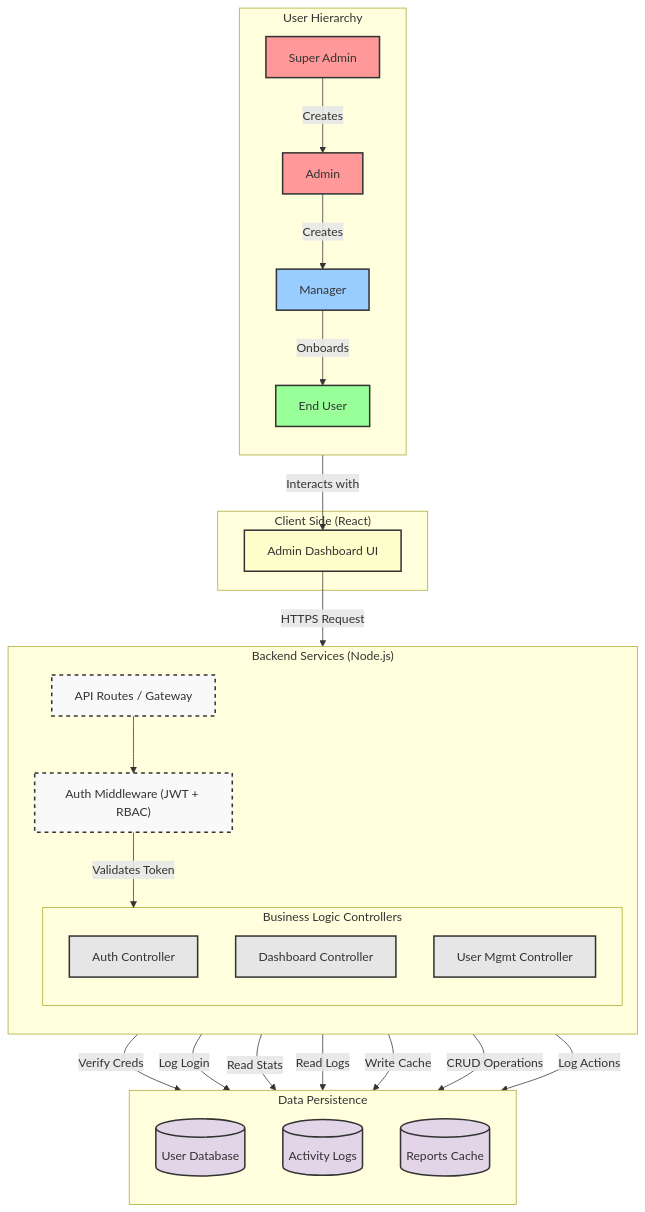
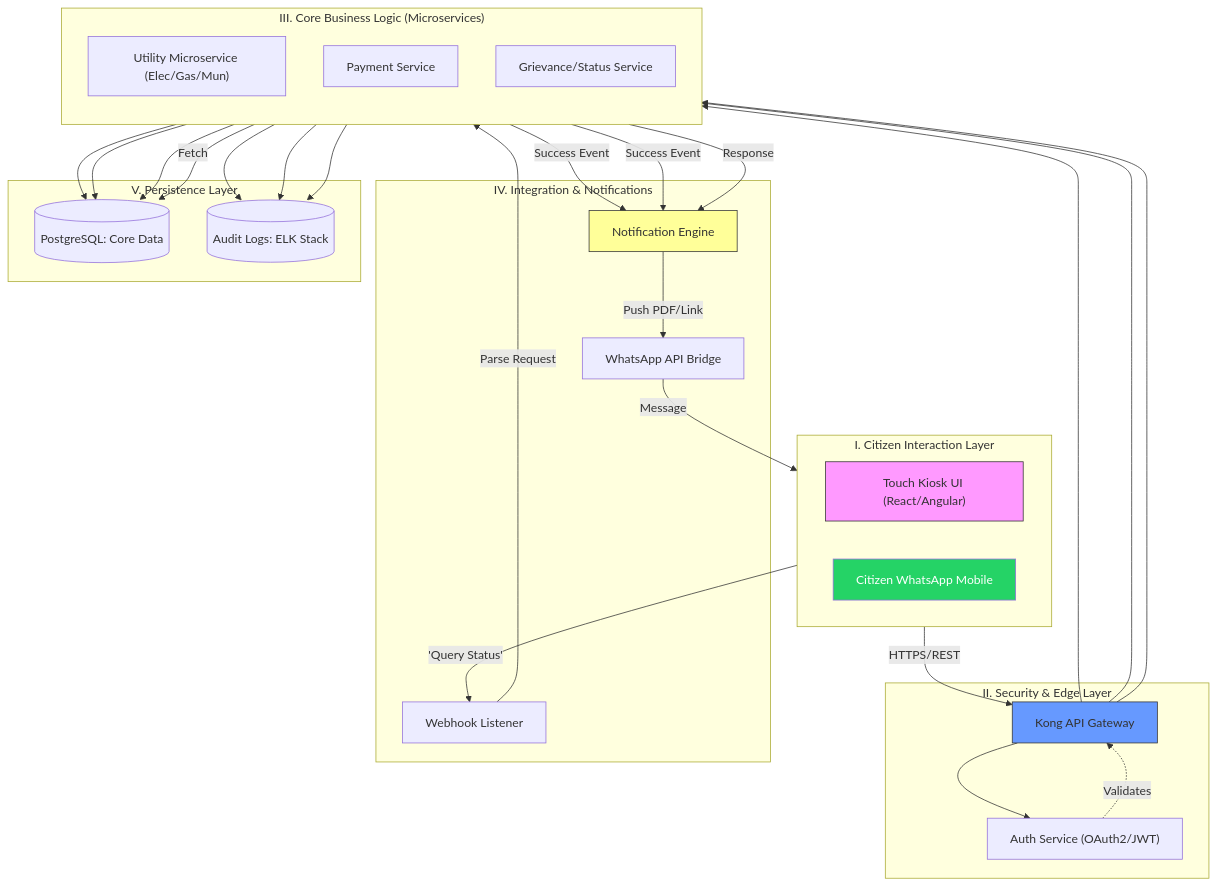
One commit to alokprasad573/backend_architecture changed the fifth of 5 diagrams in FLOWCHART.md. Above: the diagram before and after it, drawn with Mermaid. The commit also changed other lines of this file and 2 other files, not shown here.

````diff
--- a/FLOWCHART.md
+++ b/FLOWCHART.md
@@ -134,86 +122,63 @@
 ```mermaid
-graph TD
-    %% ==========================================
-    %% 1. User Hierarchy Layer
-    %% ==========================================
-    subgraph Users["User Hierarchy"]
-        direction TB
-        SA["Super Admin"]:::admin
-        A["Admin"]:::admin
-        M["Manager"]:::manager
-        U["End User"]:::user
-        
-        SA -->|Creates| A
-        A -->|Creates| M
-        M -->|Onboards| U
+graph TB
+    subgraph "I. Citizen Interaction Layer"
+        direction LR
+        Kiosk["Touch Kiosk UI (React/Angular)"]
+        CitizenWA["Citizen WhatsApp Mobile"]
     end
 
-    %% ==========================================
-    %% 2. Frontend Layer
-    %% ==========================================
-    subgraph Frontend["Client Side (React)"]
-        Client["Admin Dashboard UI"]:::frontend
+    subgraph "II. Security & Edge Layer"
+        AGW["Kong API Gateway"]
+        Auth["Auth Service (OAuth2/JWT)"]
     end
 
-    %% ==========================================
-    %% 3. Backend Layer
-    %% ==========================================
-    subgraph Backend["Backend Services (Node.js)"]
+    subgraph "III. Core Business Logic (Microservices)"
         direction TB
-        APIGateway["API Routes / Gateway"]:::backend
-        AuthMw["Auth Middleware (JWT + RBAC)"]:::backend
-        
-        subgraph Controllers["Business Logic Controllers"]
-            C_Auth["Auth Controller"]:::logic
-            C_Dash["Dashboard Controller"]:::logic
-            C_User["User Mgmt Controller"]:::logic
-        end
+        Utility["Utility Microservice (Elec/Gas/Mun)"]
+        Payment["Payment Service"]
+        Grievance["Grievance/Status Service"]
     end
 
-    %% ==========================================
-    %% 4. Data Layer
-    %% ==========================================
-    subgraph DataPersistence["Data Persistence"]
-        direction TB
-        DB_User[("User Database")]:::db
-        DB_Logs[("Activity Logs")]:::db
-        DB_Cache[("Reports Cache")]:::db
+    subgraph "IV. Integration & Notifications"
+        NOTIF["Notification Engine"]
+        WAGW["WhatsApp API Bridge"]
+        Webhook["Webhook Listener"]
     end
 
-    %% ==========================================
-    %% Connections & Flows
-    %% ==========================================
+    subgraph "V. Persistence Layer"
+        DB[(PostgreSQL: Core Data)]
+        Logs[(Audit Logs: ELK Stack)]
+    end
+
+    %% Interaction Flows
+    Kiosk -->|HTTPS/REST| AGW
+    AGW --> Auth
+    Auth -.->|Validates| AGW
     
-    %% User Interaction
-    Users -->|Interacts with| Client
-    
-    %% Client to Backend
-    Client -->|HTTPS Request| APIGateway
-    APIGateway --> AuthMw
-    
-    %% Auth Routing
-    AuthMw -->|Validates Token| Controllers
-    
-    %% Controller Actions
-    %% 1. Auth Flow
-    C_Auth -->|Verify Creds| DB_User
-    C_Auth -->|Log Login| DB_Logs
-    
-    %% 2. Dashboard Flow
-    C_Dash -->|Read Stats| DB_User
-    C_Dash -->|Read Logs| DB_Logs
-    C_Dash -->|Write Cache| DB_Cache
-    
-    %% 3. User Mgmt Flow
-    C_User -->|CRUD Operations| DB_User
-    C_User -->|Log Actions| DB_Logs
+    %% Service Routing
+    AGW --> Utility
+    AGW --> Payment
+    AGW --> Grievance
+
+    %% Data Connections
+    Utility & Payment & Grievance --> DB
+    Utility & Payment & Grievance --> Logs
+
+    %% WhatsApp Outbound Notification
+    Payment & Grievance -->|Success Event| NOTIF
+    NOTIF -->|Push PDF/Link| WAGW
+    WAGW -->|Message| CitizenWA
+
+    %% WhatsApp Inbound Query
+    CitizenWA -->|'Query Status'| Webhook
+    Webhook -->|Parse Request| Grievance
+    Grievance -->|Fetch| DB
+    Grievance -->|Response| NOTIF
 
     %% Styling
-    classDef admin fill:#ff9999,stroke:#333,stroke-width:2px;
-    classDef manager fill:#99ccff,stroke:#333,stroke-width:2px;
-    classDef user fill:#99ff99,stroke:#333,stroke-width:2px;
-    classDef frontend fill:#ffffcc,stroke:#333,stroke-width:2px;
-    classDef backend fill:#f9f9f9,stroke:#333,stroke-width:2px,stroke-dasharray: 5 5;
-    classDef logic fill:#e6e6e6,stroke:#333,stroke-width:2px;
-    classDef db fill:#e1d5e7,stroke:#333,stroke-width:2px;
+    style Kiosk fill:#f9f,stroke:#333
+    style CitizenWA fill:#25D366,color:#fff
+    style AGW fill:#69f,stroke:#333
+    style NOTIF fill:#ff9,stroke:#333
+
 ```
````
